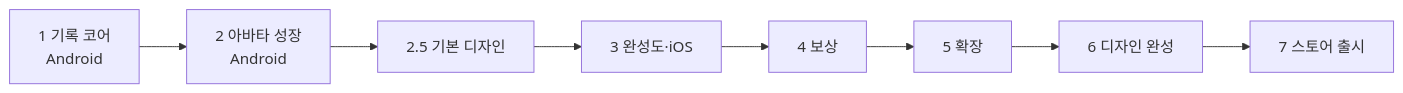
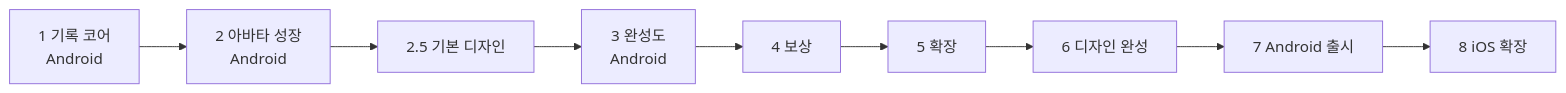
One commit to dhkim1522/runmagochi changed the diagram in docs/roadmap.md. Above: the diagram before and after it, drawn with Mermaid. The commit also changed other lines of this file and 6 other files, not shown here.

````diff
--- a/docs/roadmap.md
+++ b/docs/roadmap.md
@@ -13,10 +13,11 @@
 ```mermaid
 flowchart LR
     P1["1 기록 코어<br/>Android"] --> P2["2 아바타 성장<br/>Android"]
     P2 --> P25["2.5 기본 디자인"]
-    P25 --> P3["3 완성도·iOS"]
+    P25 --> P3["3 완성도<br/>Android"]
     P3 --> P4["4 보상"]
     P4 --> P5["5 확장"]
     P5 --> P6["6 디자인 완성"]
-    P6 --> P7["7 스토어 출시"]
+    P6 --> P7["7 Android 출시"]
+    P7 --> P8["8 iOS 확장"]
 ```
````
